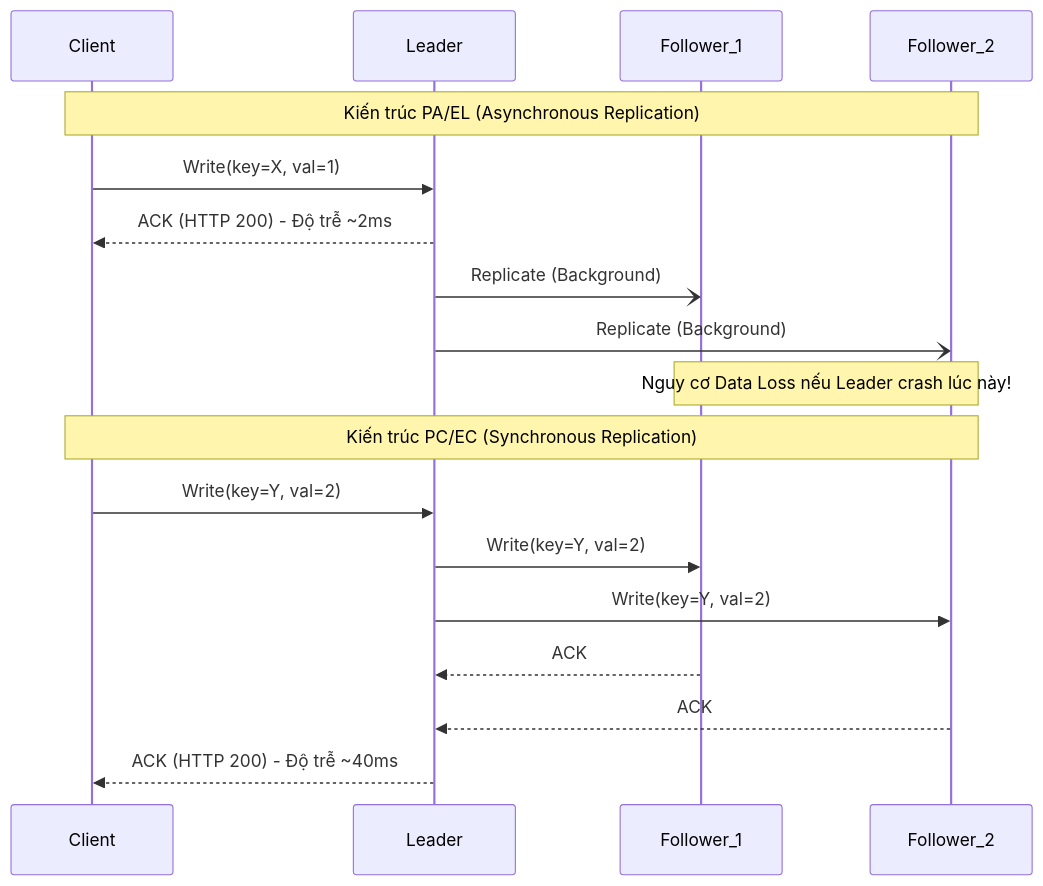
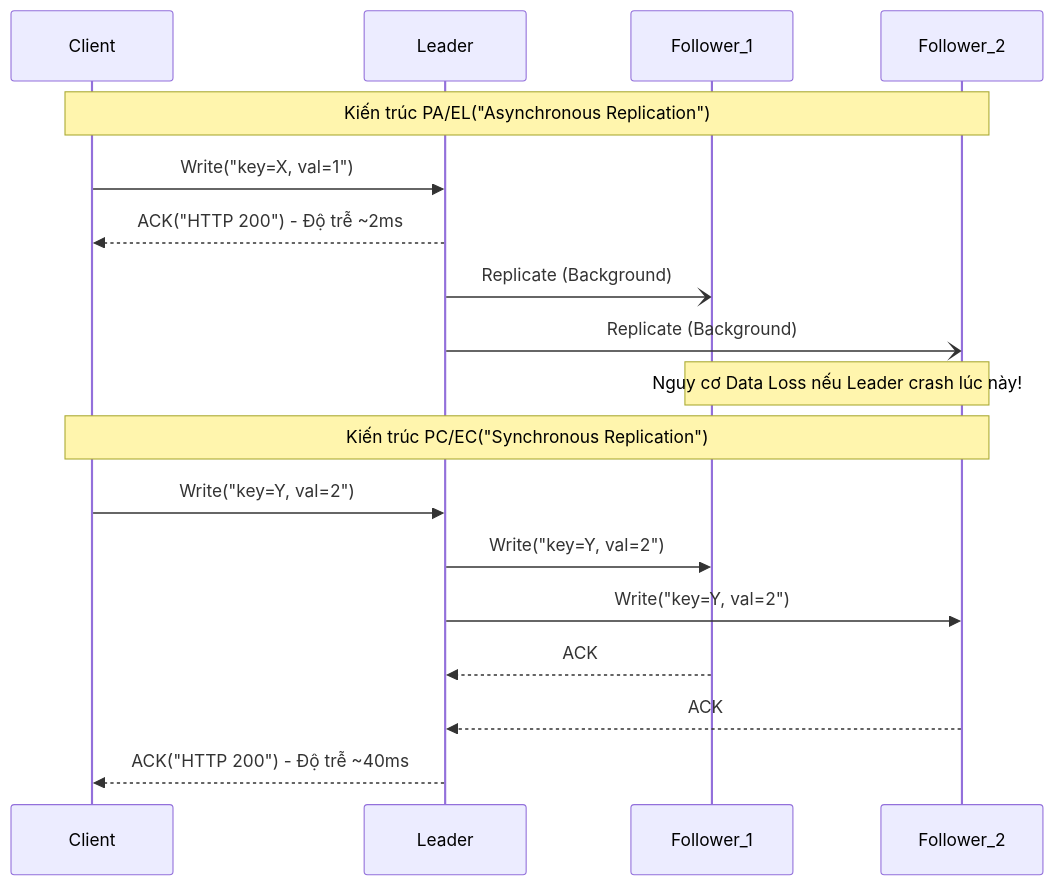
Before and after one commit to kythuatdulieu/kythuatdulieu.github.io: the second of 2 diagrams in src/content/docs/concepts/1-distributed-systems-architecture/pacelc-theorem.md, drawn with Mermaid. The commit also changed other lines of this file and 190 other files, not shown here.

Commit message:
fix: resolve mermaid syntax, math rendering, and metadata issues from content rewrite

````diff
--- a/src/content/docs/concepts/1-distributed-systems-architecture/pacelc-theorem.md
+++ b/src/content/docs/concepts/1-distributed-systems-architecture/pacelc-theorem.md
@@ -116,22 +116,22 @@
 ```mermaid
 sequenceDiagram
     participant Client
     participant Leader
     participant Follower_1
     participant Follower_2
 
-    Note over Client,Follower_2: Kiến trúc PA/EL (Asynchronous Replication)
-    Client->>Leader: Write(key=X, val=1)
-    Leader-->>Client: ACK (HTTP 200) - Độ trễ ~2ms
+    Note over Client,Follower_2: Kiến trúc PA/EL("Asynchronous Replication")
+    Client->>Leader: Write("key=X, val=1")
+    Leader-->>Client: ACK("HTTP 200") - Độ trễ ~2ms
     Leader-)Follower_1: Replicate (Background)
     Leader-)Follower_2: Replicate (Background)
     Note over Follower_1,Follower_2: Nguy cơ Data Loss nếu Leader crash lúc này!
 
-    Note over Client,Follower_2: Kiến trúc PC/EC (Synchronous Replication)
-    Client->>Leader: Write(key=Y, val=2)
-    Leader->>Follower_1: Write(key=Y, val=2)
-    Leader->>Follower_2: Write(key=Y, val=2)
+    Note over Client,Follower_2: Kiến trúc PC/EC("Synchronous Replication")
+    Client->>Leader: Write("key=Y, val=2")
+    Leader->>Follower_1: Write("key=Y, val=2")
+    Leader->>Follower_2: Write("key=Y, val=2")
     Follower_1-->>Leader: ACK
     Follower_2-->>Leader: ACK
-    Leader-->>Client: ACK (HTTP 200) - Độ trễ ~40ms
+    Leader-->>Client: ACK("HTTP 200") - Độ trễ ~40ms
 ```
````
